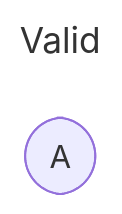
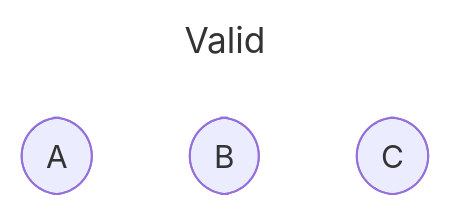
The fourth of 16 diagrams in proofs/AdmissibilityGraph/README.md (stepchowfun/proofs), drawn with Mermaid before and after one commit. The commit also changed other lines of this file and 1 other file, not shown here.

Commit message:
Prove a few more theorems about admissibility graphs and update the README

````diff
--- a/proofs/AdmissibilityGraph/README.md
+++ b/proofs/AdmissibilityGraph/README.md
@@ -94,7 +94,9 @@
 ```mermaid
 ---
 title: Valid
 ---
 flowchart TD
   a([A])
+  b([B])
+  c([C])
 ```
````
